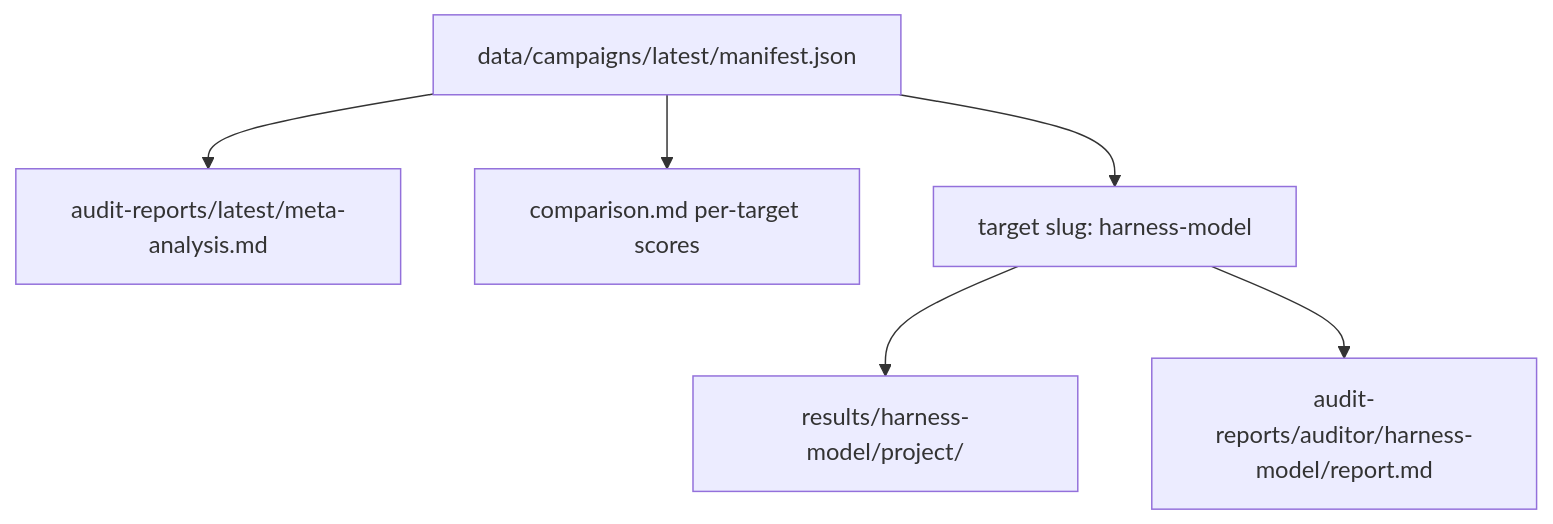
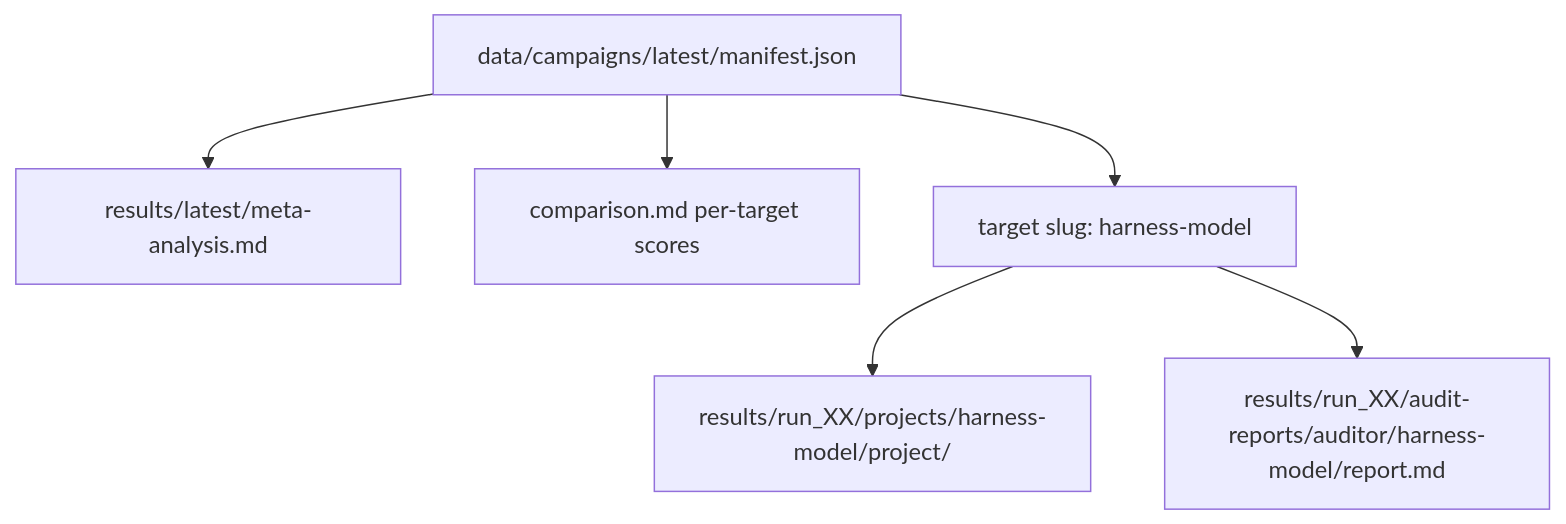
The first of 2 diagrams in README.md (HugoValim/llm-harnesses-benchmark), drawn with Mermaid before and after one commit. The commit also changed other lines of this file and 8 other files, not shown here.

First line of the commit message:
docs: update guides for run-scoped results layout

````diff
--- a/README.md
+++ b/README.md
@@ -35,9 +35,9 @@
 ```mermaid
 flowchart TB
   manifest["data/campaigns/latest/manifest.json"]
-  manifest --> meta["audit-reports/latest/meta-analysis.md"]
+  manifest --> meta["results/latest/meta-analysis.md"]
   manifest --> comparison["comparison.md per-target scores"]
   manifest --> targets["target slug: harness-model"]
-  targets --> results["results/harness-model/project/"]
-  targets --> report["audit-reports/auditor/harness-model/report.md"]
+  targets --> results["results/run_XX/projects/harness-model/project/"]
+  targets --> report["results/run_XX/audit-reports/auditor/harness-model/report.md"]
 ```
````
